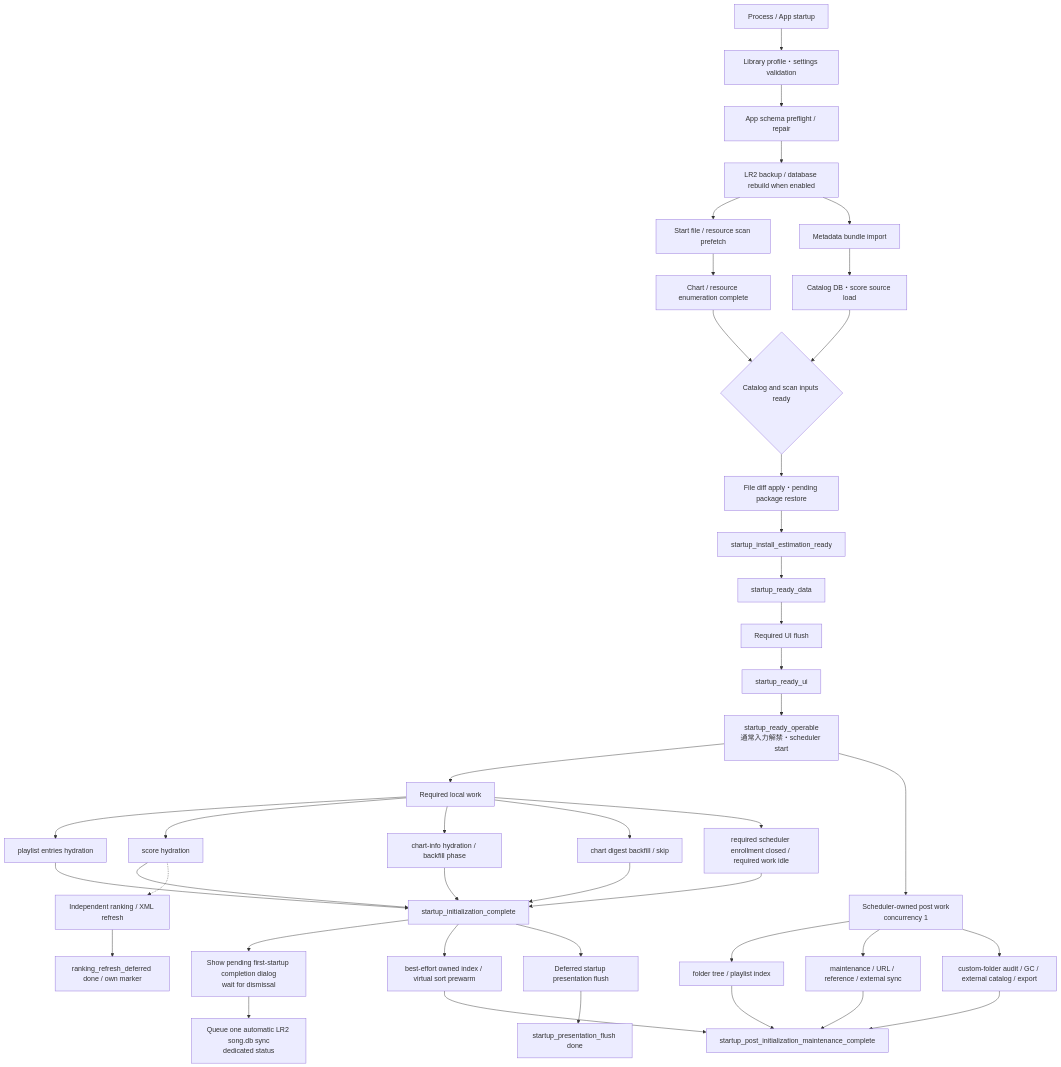
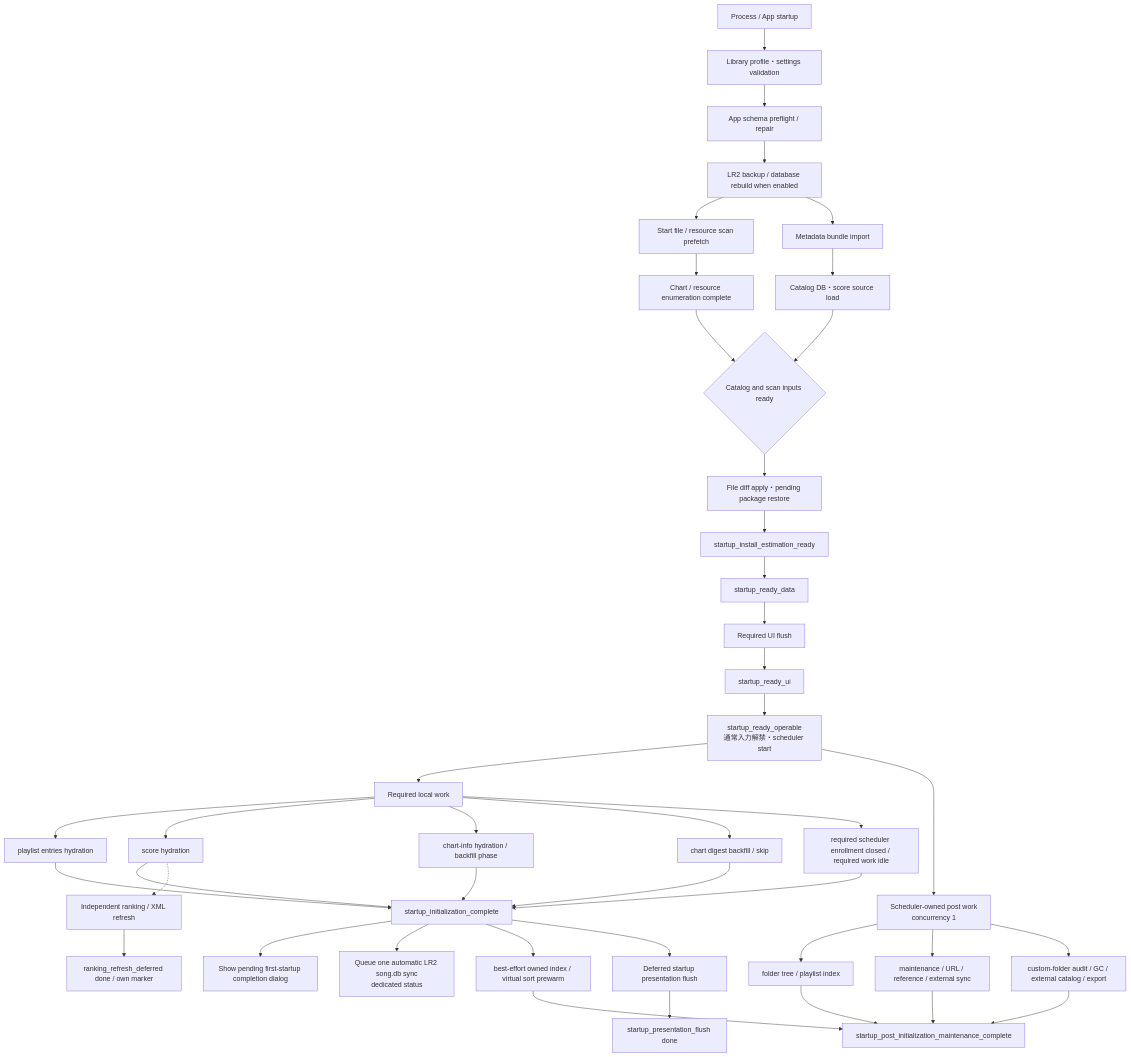
The diagram in devdocs/spec/startup-initialization-flow.md (Neeted/bemusicseeker-unofficial-fork), drawn with Mermaid before and after one commit. The commit also changed other lines of this file and 4 other files, not shown here.

Commit message:
fix: decouple startup completion dialog from LR2 sync

````diff
--- a/devdocs/spec/startup-initialization-flow.md
+++ b/devdocs/spec/startup-initialization-flow.md
@@ -25,46 +25,46 @@
 ```mermaid
 flowchart TD
     A[Process / App startup] --> B[Library profile・settings validation]
     B --> C[App schema preflight / repair]
     C --> X[LR2 backup / database rebuild when enabled]
     X --> S[Start file / resource scan prefetch]
     X --> D[Metadata bundle import]
     D --> E[Catalog DB・score source load]
     S --> F[Chart / resource enumeration complete]
     E --> Q{Catalog and scan inputs ready}
     F --> Q
     Q --> G[File diff apply・pending package restore]
     G --> H[startup_install_estimation_ready]
     H --> I[startup_ready_data]
     I --> J[Required UI flush]
     J --> K[startup_ready_ui]
     K --> L[startup_ready_operable<br/>通常入力解禁・scheduler start]
 
     L --> R1[Required local work]
     R1 --> R2[playlist entries hydration]
     R1 --> R3[score hydration]
     R1 --> R4[chart-info hydration / backfill phase]
     R1 --> R5[chart digest backfill / skip]
     R1 --> R6[required scheduler enrollment closed / required work idle]
     R2 --> M[startup_initialization_complete]
     R3 --> M
     R4 --> M
     R5 --> M
     R6 --> M
-    M --> C1[Show pending first-startup completion dialog<br/>wait for dismissal]
-    C1 --> C2[Queue one automatic LR2 song.db sync<br/>dedicated status]
+    M --> C1[Show pending first-startup completion dialog]
+    M --> C2[Queue one automatic LR2 song.db sync<br/>dedicated status]
 
     L --> P1[Scheduler-owned post work<br/>concurrency 1]
     P1 --> P2[folder tree / playlist index]
     P1 --> P3[maintenance / URL / reference / external sync]
     P1 --> P4[custom-folder audit / GC / external catalog / export]
     M --> P5[best-effort owned index / virtual sort prewarm]
     P2 --> Z[startup_post_initialization_maintenance_complete]
     P3 --> Z
     P4 --> Z
     P5 --> Z
     R3 -.-> P6[Independent ranking / XML refresh]
     P6 --> P7[ranking_refresh_deferred done / own marker]
     M --> P8[Deferred startup presentation flush]
     P8 --> P9[startup_presentation_flush done]
 ```
````
